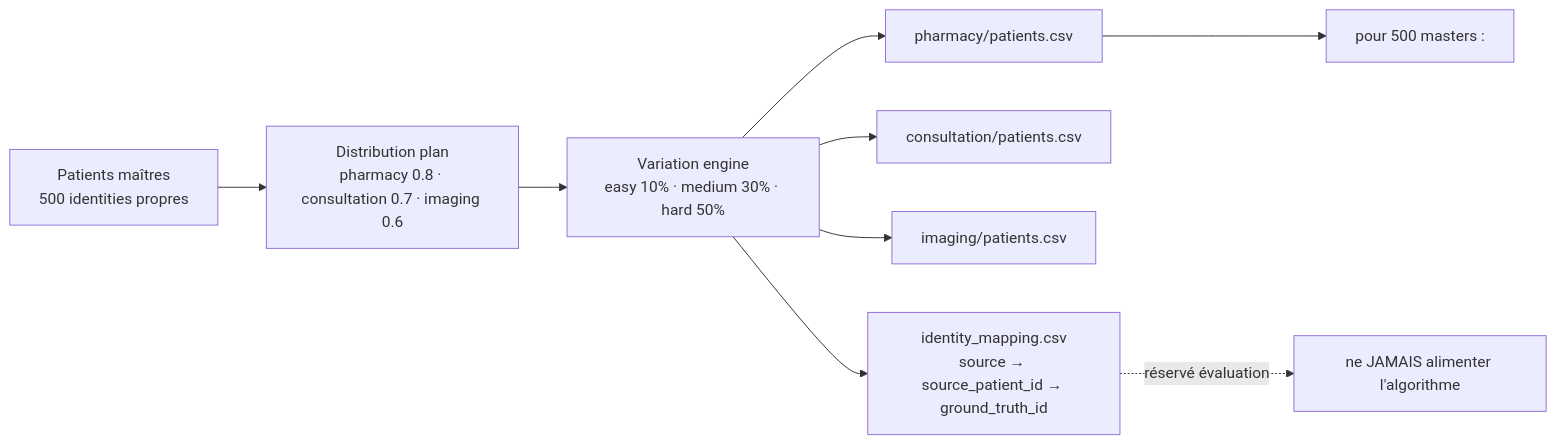
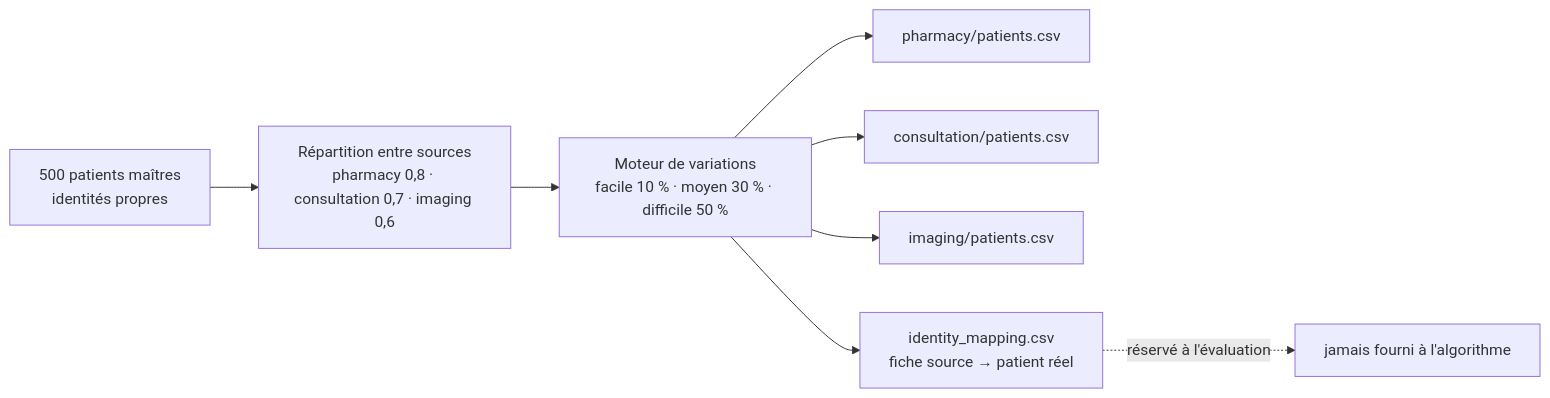
The diagram in chapters/05-exigences.md (Alphamanjaka/test-big-data), drawn with Mermaid before and after one commit. The commit also changed other lines of this file and 17 other files, not shown here.

````diff
--- a/chapters/05-exigences.md
+++ b/chapters/05-exigences.md
@@ -126,10 +123,10 @@
 ```mermaid
 flowchart LR
-    M[Patients maîtres<br/>500 identities propres] --> D[Distribution plan<br/>pharmacy 0.8 · consultation 0.7 · imaging 0.6]
-    D --> V[Variation engine<br/>easy 10% · medium 30% · hard 50%]
-    V --> P[pharmacy/patients.csv] --> C[pour 500 masters :]
+    M[500 patients maîtres<br/>identités propres] --> D[Répartition entre sources<br/>pharmacy 0,8 · consultation 0,7 · imaging 0,6]
+    D --> V[Moteur de variations<br/>facile 10 % · moyen 30 % · difficile 50 %]
+    V --> P[pharmacy/patients.csv]
     V --> Cx[consultation/patients.csv]
     V --> I[imaging/patients.csv]
-    V --> T[identity_mapping.csv<br/>source → source_patient_id → ground_truth_id]
-    T -. réservé évaluation .-> E[ne JAMAIS alimenter l'algorithme]
+    V --> T[identity_mapping.csv<br/>fiche source → patient réel]
+    T -. réservé à l'évaluation .-> E[jamais fourni à l'algorithme]
 ```
````
